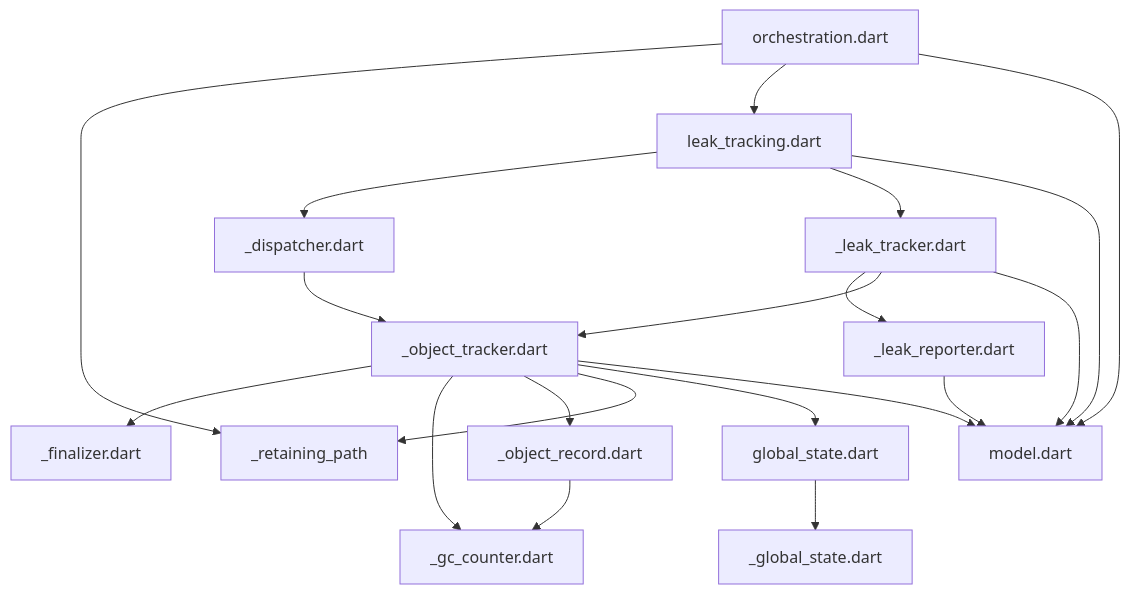
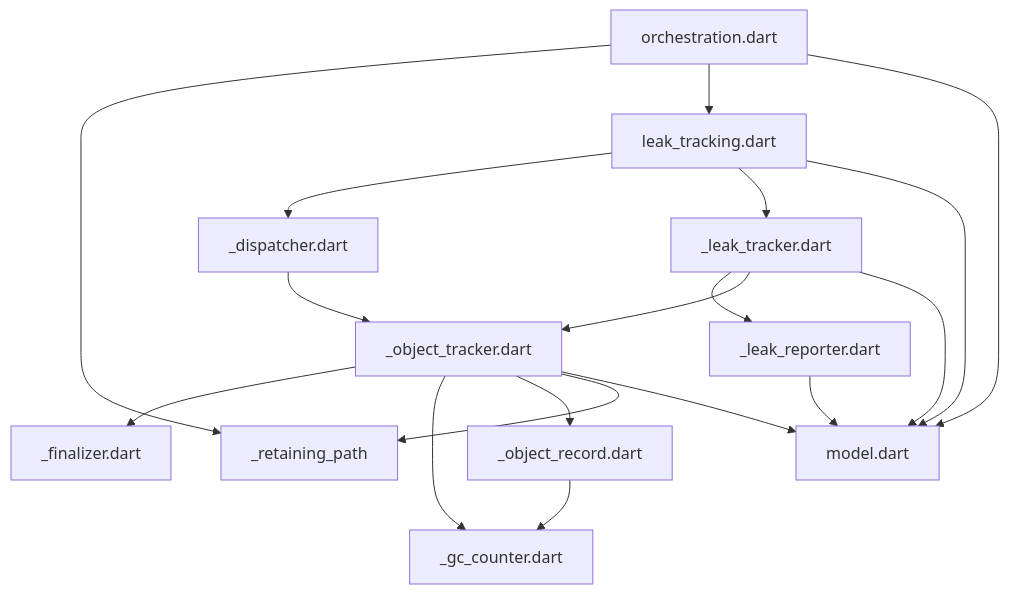
One commit to dart-lang/leak_tracker changed the diagram in pkgs/leak_tracker/lib/src/leak_tracking/DEPENDENCIES.md. Above: the diagram before and after it, drawn with Mermaid. The commit also changed 3 other files, not shown here.

````diff
--- a/pkgs/leak_tracker/lib/src/leak_tracking/DEPENDENCIES.md
+++ b/pkgs/leak_tracker/lib/src/leak_tracking/DEPENDENCIES.md
@@ -6,22 +6,20 @@
 ```mermaid
 flowchart TD;
 _dispatcher.dart-->_object_tracker.dart;
 _leak_reporter.dart-->model.dart;
 _leak_tracker.dart-->_leak_reporter.dart;
 _leak_tracker.dart-->_object_tracker.dart;
 _leak_tracker.dart-->model.dart;
 _object_record.dart-->_gc_counter.dart;
 _object_tracker.dart-->_finalizer.dart;
 _object_tracker.dart-->_gc_counter.dart;
 _object_tracker.dart-->_object_record.dart;
 _object_tracker.dart-->_retaining_path;
-_object_tracker.dart-->global_state.dart;
 _object_tracker.dart-->model.dart;
-global_state.dart-->_global_state.dart;
 leak_tracking.dart-->_dispatcher.dart;
 leak_tracking.dart-->_leak_tracker.dart;
 leak_tracking.dart-->model.dart;
 orchestration.dart-->_retaining_path;
 orchestration.dart-->leak_tracking.dart;
 orchestration.dart-->model.dart;
 ```
````
